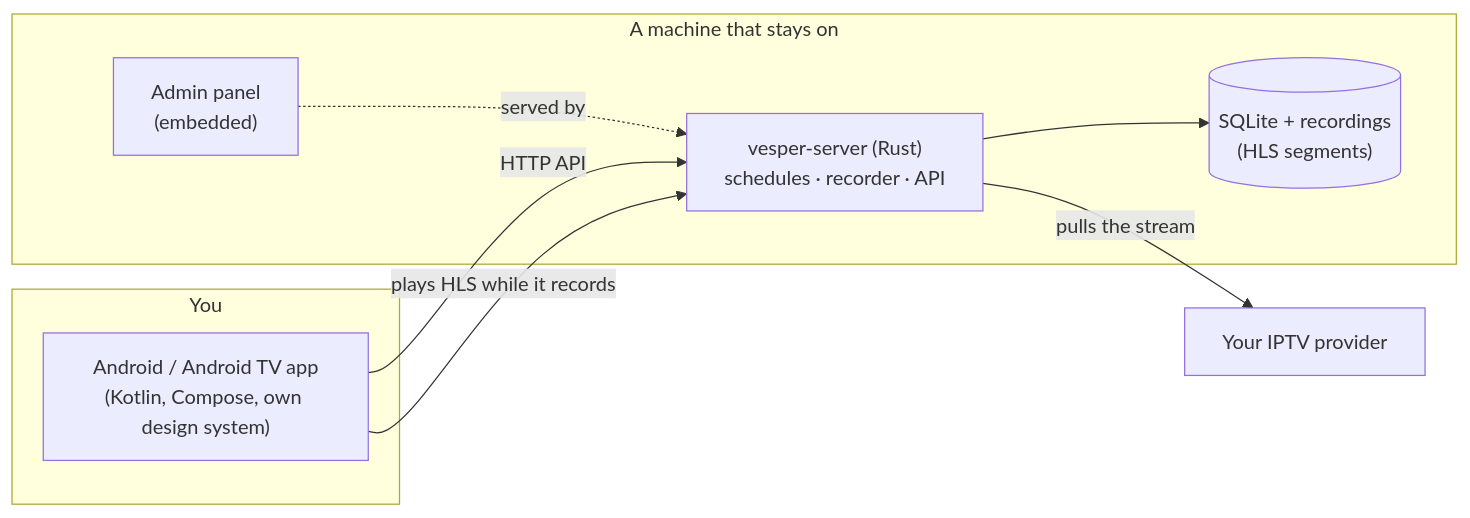
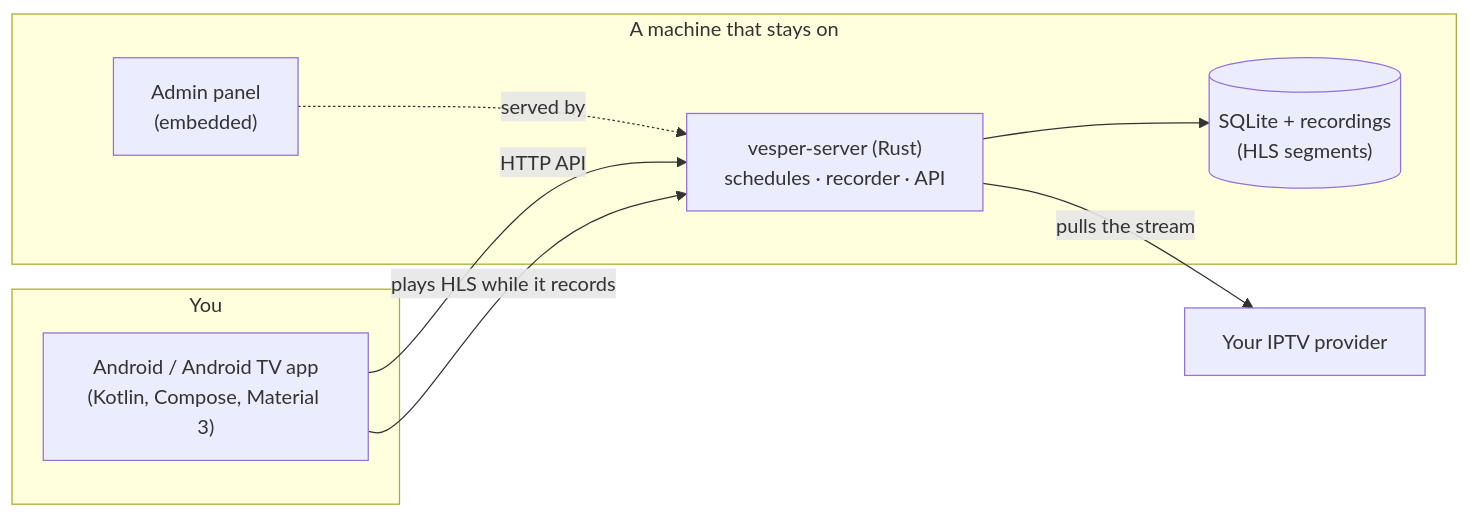
Before and after one commit to aminegames125/vesper: the diagram in README.md, drawn with Mermaid. The commit also changed other lines of this file and 93 other files, not shown here.

````diff
--- a/README.md
+++ b/README.md
@@ -180,17 +180,17 @@
 ```mermaid
 flowchart LR
   subgraph You
-    A["Android / Android TV app<br/>(Kotlin, Compose, own design system)"]
+    A["Android / Android TV app<br/>(Kotlin, Compose, Material 3)"]
   end
   subgraph "A machine that stays on"
     S["vesper-server (Rust)<br/>schedules · recorder · API"]
     D[("SQLite + recordings<br/>(HLS segments)")]
     P["Admin panel<br/>(embedded)"]
   end
   I["Your IPTV provider"]
   A -- "HTTP API" --> S
   S --> D
   S -- "pulls the stream" --> I
   P -. "served by" .-> S
   A -- "plays HLS while it records" --> S
 ```
````
